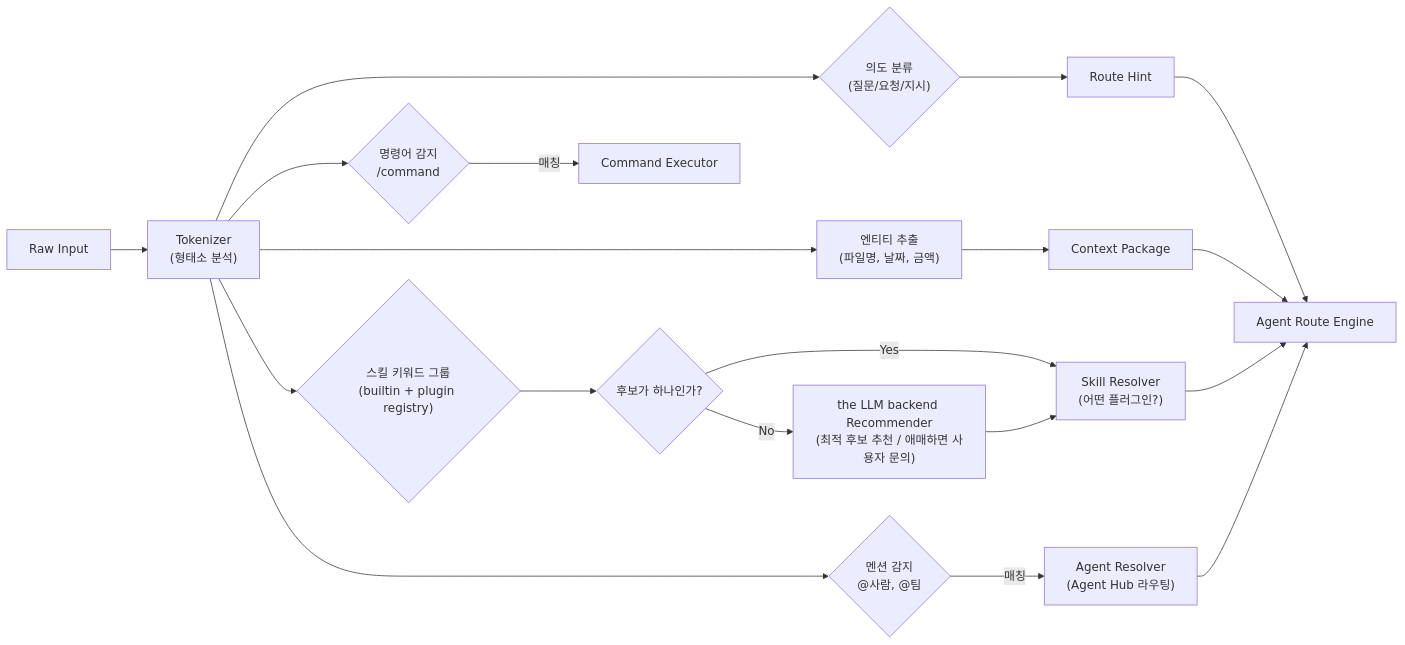
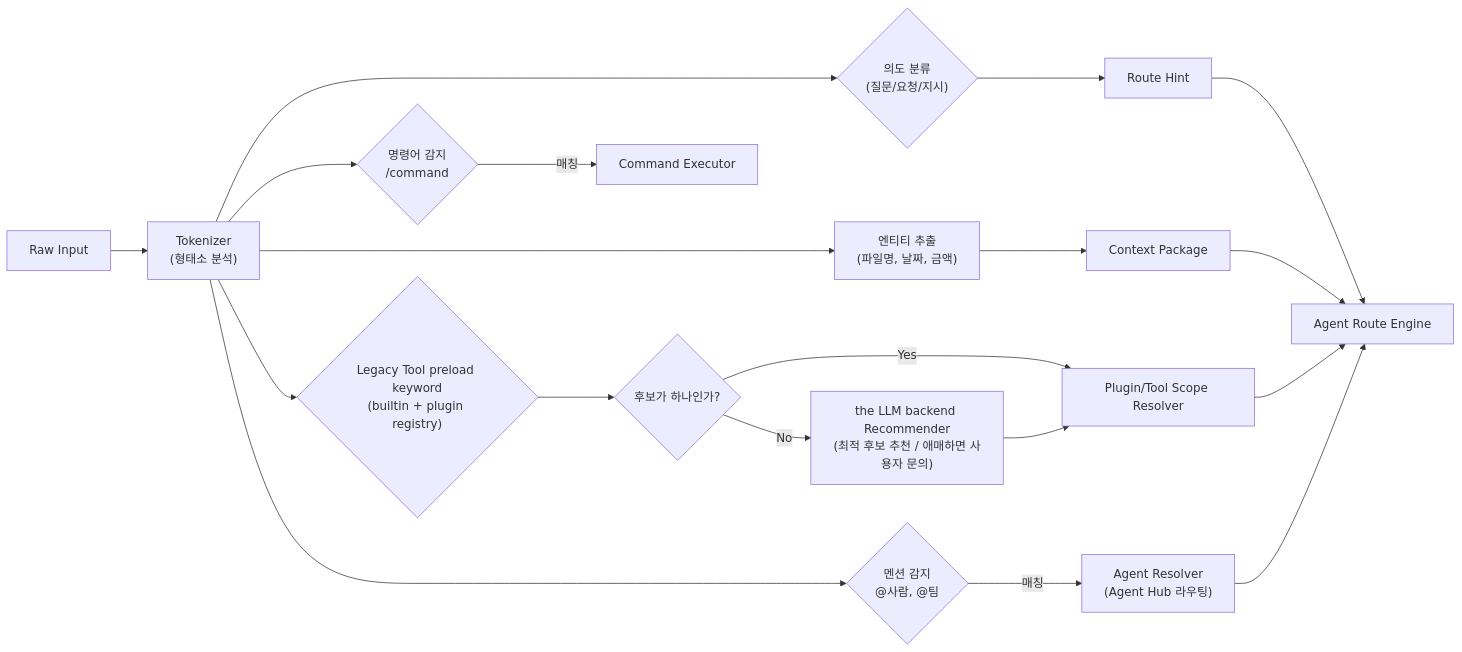
Diagram 17 of 44 in docs/ko/architecture/architecture.md (lvis-project/lvis-app), drawn with Mermaid before and after one commit. The commit also changed other lines of this file and 24 other files, not shown here.

````diff
--- a/docs/ko/architecture/architecture.md
+++ b/docs/ko/architecture/architecture.md
@@ -1503,24 +1513,24 @@
 ```mermaid
 flowchart LR
     INPUT["Raw Input"] --> TOKENIZER["Tokenizer<br/>(형태소 분석)"]
 
     TOKENIZER --> CMD_DETECT{"명령어 감지<br/>/command"}
-    TOKENIZER --> SKILL_DETECT{"스킬 키워드 그룹<br/>(builtin + plugin registry)"}
+    TOKENIZER --> SKILL_DETECT{"Legacy Tool preload keyword<br/>(builtin + plugin registry)"}
     TOKENIZER --> MENTION_DETECT{"멘션 감지<br/>@사람, @팀"}
     TOKENIZER --> INTENT_DETECT{"의도 분류<br/>(질문/요청/지시)"}
     TOKENIZER --> ENTITY_EXTRACT["엔티티 추출<br/>(파일명, 날짜, 금액)"]
     SKILL_DETECT --> AMBIG{"후보가 하나인가?"}
     AMBIG -->|"No"| LLM_RECO["the LLM backend Recommender<br/>(최적 후보 추천 / 애매하면 사용자 문의)"]
-    AMBIG -->|"Yes"| SKILL_RESOLVE["Skill Resolver<br/>(어떤 플러그인?)"]
+    AMBIG -->|"Yes"| SKILL_RESOLVE["Plugin/Tool Scope Resolver"]
 
     CMD_DETECT -->|"매칭"| CMD_EXEC["Command Executor"]
     MENTION_DETECT -->|"매칭"| AGENT_RESOLVE["Agent Resolver<br/>(Agent Hub 라우팅)"]
     INTENT_DETECT --> ROUTE_HINT["Route Hint"]
     ENTITY_EXTRACT --> CTX["Context Package"]
     LLM_RECO --> SKILL_RESOLVE
 
     ROUTE_HINT --> ROUTE_ENGINE["Agent Route Engine"]
     CTX --> ROUTE_ENGINE
     SKILL_RESOLVE --> ROUTE_ENGINE
     AGENT_RESOLVE --> ROUTE_ENGINE
 ```
````
